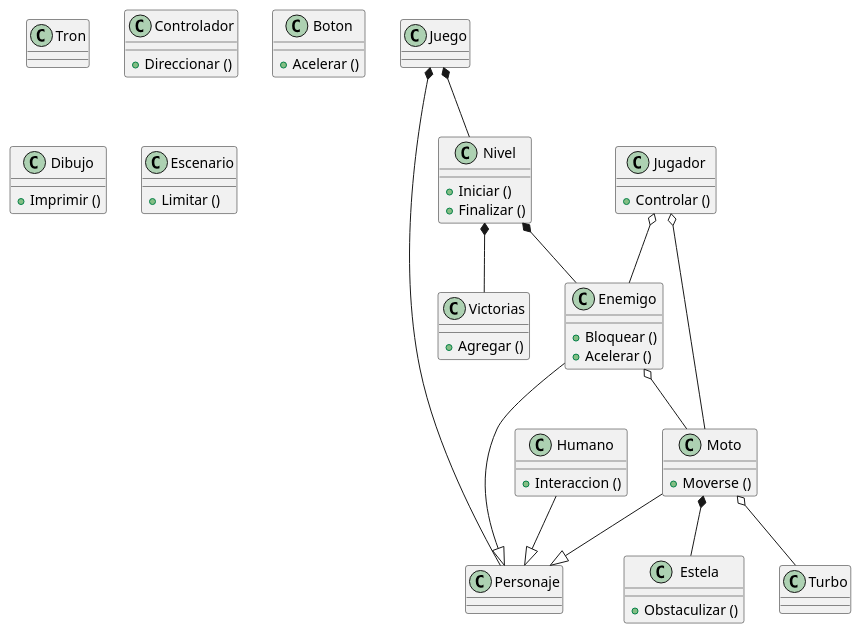
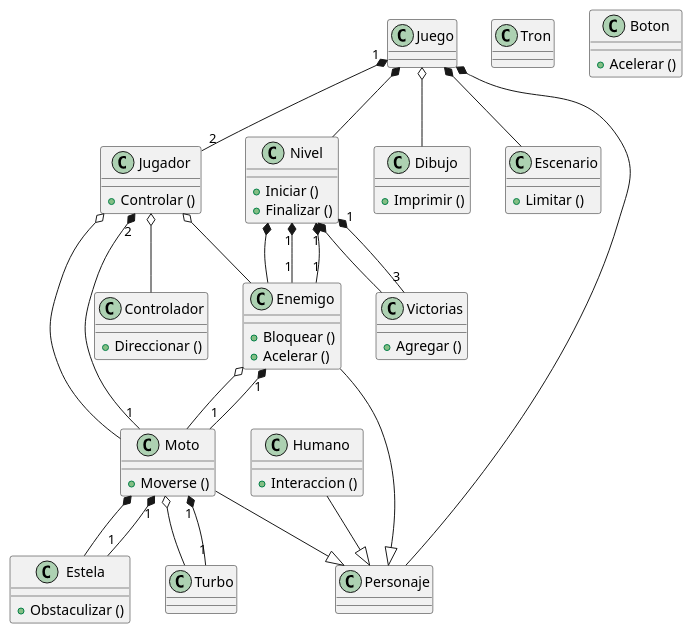
The diagram in docs/diagramatron.puml (MONROYJ04/PROYECTO), drawn with PlantUML before and after one commit. The commit also changed 8 other files, not shown here.

```diff
--- a/docs/diagramatron.puml
+++ b/docs/diagramatron.puml
@@ -1,84 +1,84 @@
 @startuml
 
 Class Juego
 
 Class Tron
 
 Class Personaje
 
-Class Jugador {
-
+Class Jugador{
     + Controlar () 
 }
 
-Class Enemigo {
-
+Class Enemigo{
     + Bloquear ()
     + Acelerar ()
 }
 
-Class Moto {
-
+Class Moto{
     + Moverse ()
 }
 
-Class Controlador {
-
+Class Controlador{
     + Direccionar ()
 }
 
-Class Boton {
-
+Class Boton{
     + Acelerar ()
 }
 
-Class Dibujo {
-    
+Class Dibujo{
     + Imprimir ()
 }
 
-CLass Escenario {
-    
+CLass Escenario{
     + Limitar () 
 }
 
-Class Humano {
-    
+Class Humano{
     + Interaccion ()
 }
 
-Class Nivel {
-
+Class Nivel{
     + Iniciar ()
     + Finalizar ()
 }
 
-Class Victorias  {
-    
+Class Victorias{
+
     + Agregar ()
 }
 
-Class Estela {
-
+Class Estela{
     + Obstaculizar ()
 }
 
 Humano --|> Personaje
 Moto --|> Personaje
 Jugador o-- Moto
 Jugador o-- Enemigo
 Enemigo --|> Personaje
 Enemigo o-- Moto
 Moto *-- Estela
 Moto o-- Turbo
 Nivel *-- Victorias
 Nivel *-- Enemigo
 Juego *-- Nivel
 Juego *-- Personaje
+Juego *-- Escenario
+Juego o-- Dibujo
+Jugador o-- Controlador
 
 
-
+Juego "1" *-- "2"Jugador
+Jugador "2" *-- "1"Moto
+Moto "1" *-- "1" Estela
+Moto "1" *-- "1" Turbo
+Nivel "1" *-- "1" Enemigo
+Enemigo "1" *-- "1" Moto
+Nivel "1" *-- "1" Enemigo
+Nivel "1" *-- "3" Victorias
 
 
 
 @enduml
```
